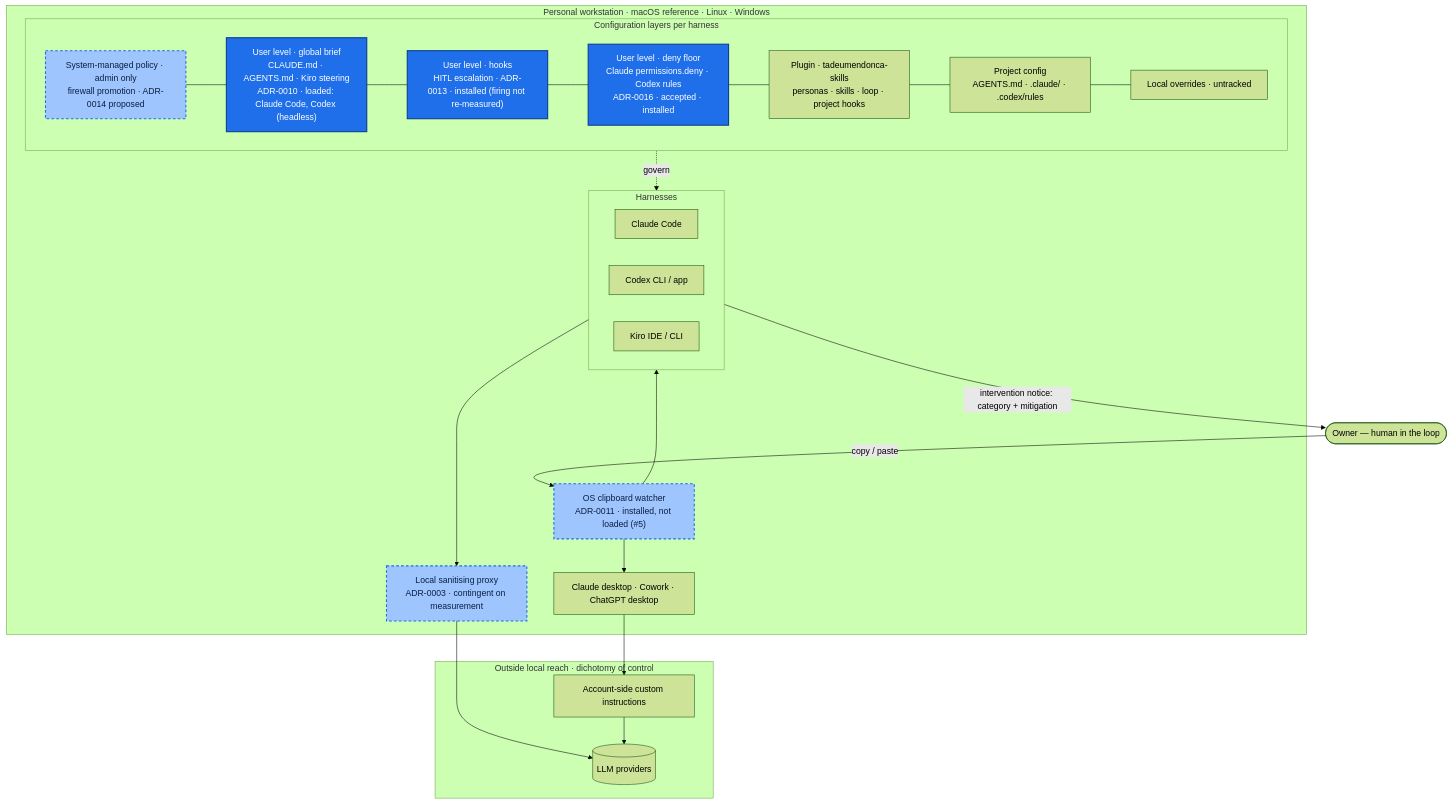
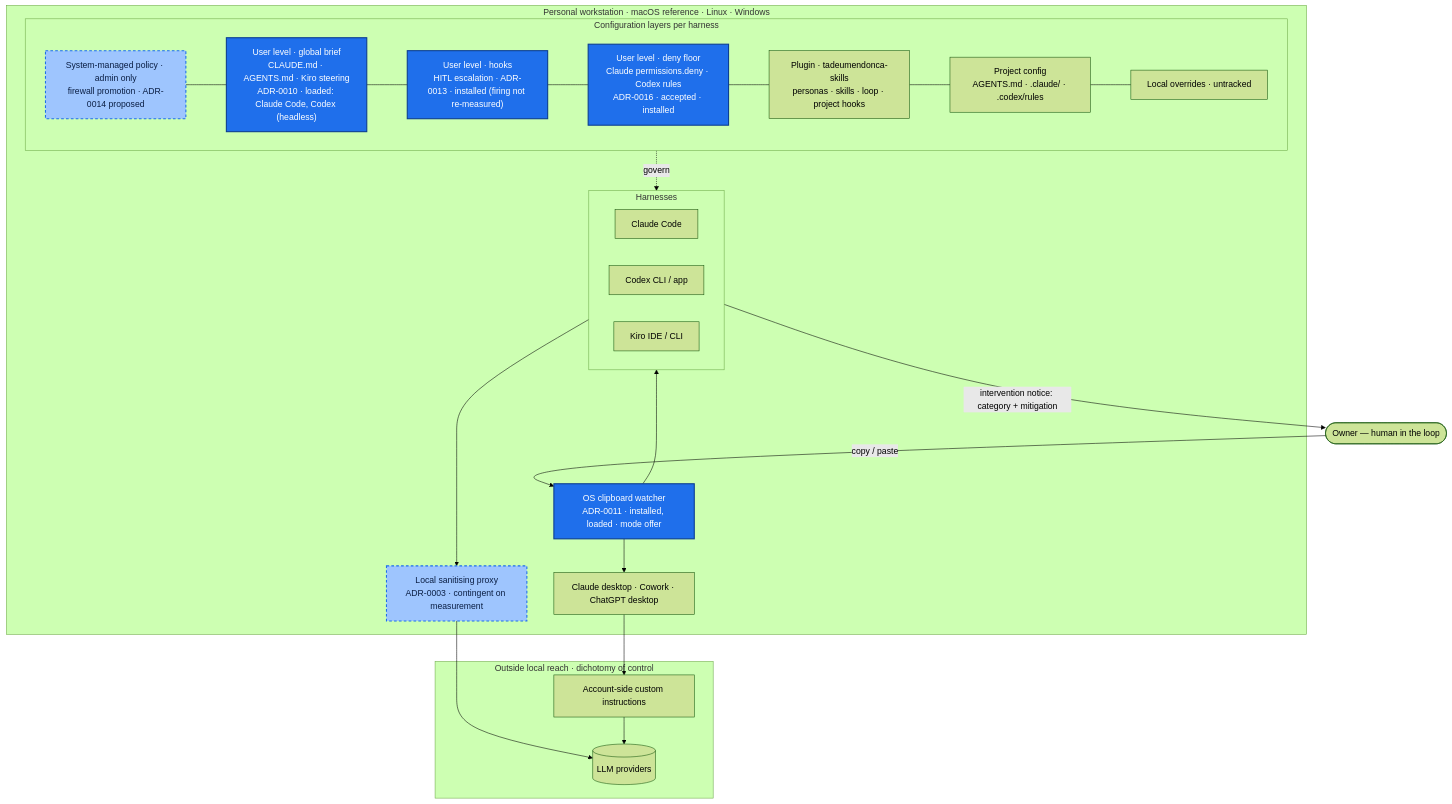
Before and after one commit to tedeuxx/mhw: the diagram in README.md, drawn with Mermaid (forest theme). The commit also changed other lines of this file and 4 other files, not shown here.

First line of the commit message:
docs: record clipboard mode offer ratified and the watcher loaded; clear stale install claims

````diff
--- a/README.md
+++ b/README.md
@@ -54,44 +54,44 @@
 ```mermaid
 flowchart TB
   owner(["Owner — human in the loop"])
 
   subgraph WS["Personal workstation · macOS reference · Linux · Windows"]
-    clip["OS clipboard watcher<br/>ADR-0011 · installed, not loaded (#5)"]:::oursPlanned
+    clip["OS clipboard watcher<br/>ADR-0011 · installed, loaded · mode offer"]:::ours
 
     subgraph LAYERS["Configuration layers per harness"]
       managed["System-managed policy · admin only<br/>firewall promotion · ADR-0014 proposed"]:::oursPlanned
       ubrief["User level · global brief<br/>CLAUDE.md · AGENTS.md · Kiro steering<br/>ADR-0010 · loaded: Claude Code, Codex (headless)"]:::ours
       uhooks["User level · hooks<br/>HITL escalation · ADR-0013 · installed (firing not re-measured)"]:::ours
       udeny["User level · deny floor<br/>Claude permissions.deny · Codex rules<br/>ADR-0016 · accepted · installed"]:::ours
       plugin["Plugin · tadeumendonca-skills<br/>personas · skills · loop · project hooks"]
       project["Project config<br/>AGENTS.md · .claude/ · .codex/rules"]
       local["Local overrides · untracked"]
     end
 
     subgraph HARN["Harnesses"]
       cc["Claude Code"]
       cx["Codex CLI / app"]
       kiro["Kiro IDE / CLI"]
     end
 
     proxy["Local sanitising proxy<br/>ADR-0003 · contingent on measurement"]:::oursPlanned
     desk["Claude desktop · Cowork · ChatGPT desktop"]
   end
 
   subgraph CLOUD["Outside local reach · dichotomy of control"]
     acct["Account-side custom instructions"]
     llm[("LLM providers")]
   end
 
   owner -->|copy / paste| clip
   clip --> HARN
   clip --> desk
   managed --- ubrief --- uhooks --- udeny --- plugin --- project --- local
   LAYERS -. govern .-> HARN
   HARN --> proxy --> llm
   desk --> acct --> llm
   HARN -->|"intervention notice: category + mitigation"| owner
 
   classDef ours fill:#1f6feb,stroke:#0b3d91,color:#ffffff,stroke-width:2px
   classDef oursPlanned fill:#9ec5fe,stroke:#1f6feb,color:#0b1f44,stroke-width:2px,stroke-dasharray:5 4
 ```
````
